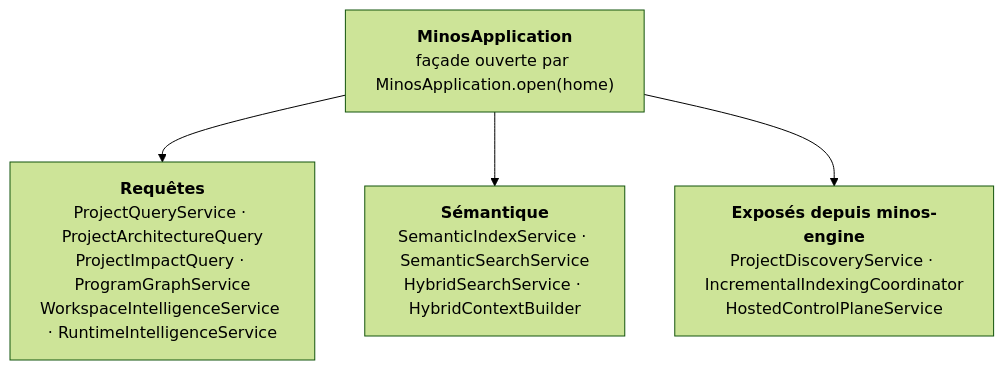
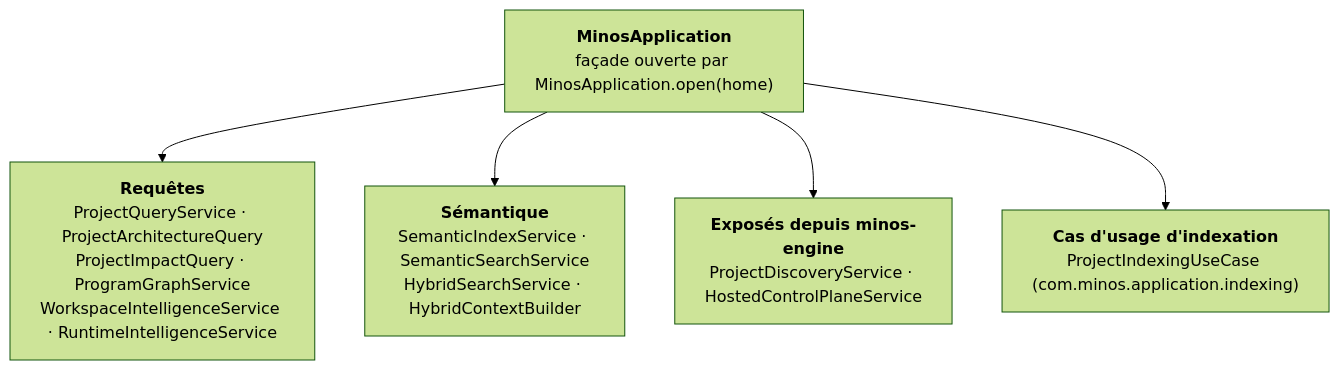
One commit to FTurleque/minos-code-intelligence changed the second of 2 diagrams in docs/architecture/arc42/05-vue-blocs.md. Above: the diagram before and after it, drawn with Mermaid (forest theme). The commit also changed other lines of this file and 35 other files, not shown here.

First line of the commit message:
refactor(indexation): unifier l'orchestration dans un cas d'usage applicatif

````diff
--- a/docs/architecture/arc42/05-vue-blocs.md
+++ b/docs/architecture/arc42/05-vue-blocs.md
@@ -141,12 +141,14 @@
 ```mermaid
 flowchart TB
     facade["<b>MinosApplication</b><br/>façade ouverte par MinosApplication.open(home)"]
 
     queries["<b>Requêtes</b><br/>ProjectQueryService · ProjectArchitectureQuery<br/>ProjectImpactQuery · ProgramGraphService<br/>WorkspaceIntelligenceService · RuntimeIntelligenceService"]
     semantic["<b>Sémantique</b><br/>SemanticIndexService · SemanticSearchService<br/>HybridSearchService · HybridContextBuilder"]
-    engine["<b>Exposés depuis minos-engine</b><br/>ProjectDiscoveryService · IncrementalIndexingCoordinator<br/>HostedControlPlaneService"]
+    engine["<b>Exposés depuis minos-engine</b><br/>ProjectDiscoveryService · HostedControlPlaneService"]
+    indexing["<b>Cas d'usage d'indexation</b><br/>ProjectIndexingUseCase (com.minos.application.indexing)"]
 
     facade --> queries
     facade --> semantic
     facade --> engine
+    facade --> indexing
 ```
````
